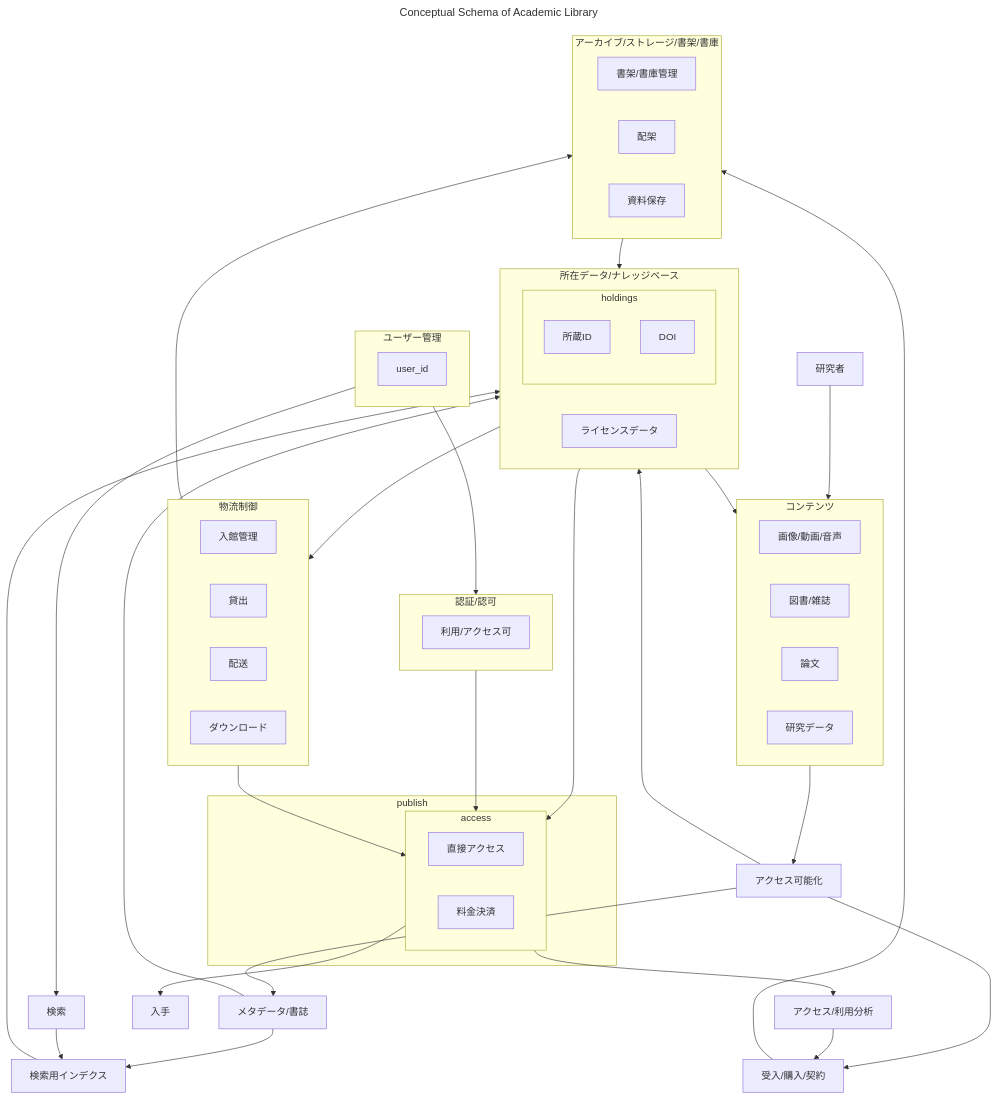
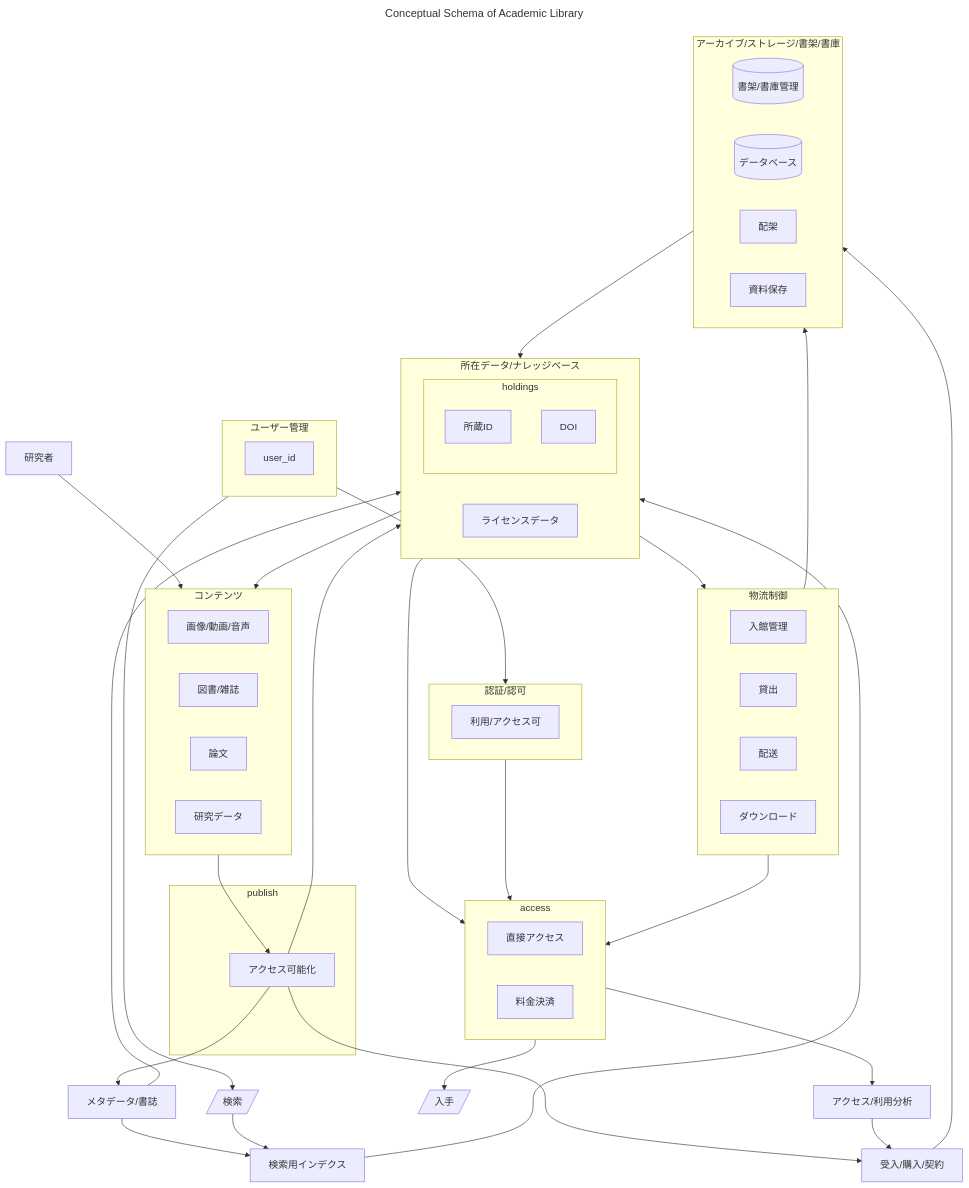
One commit to wonox/libraryschema changed the diagram in README.md. Above: the diagram before and after it, drawn with Mermaid.

Commit message:
'0321-3rev'

````diff
--- a/README.md
+++ b/README.md
@@ -6,73 +6,73 @@
 ```mermaid
 ---
 title: Conceptual Schema of Academic Library
 ---
 flowchart TB
 
-accessible[アクセス可能化]
 licence["ライセンスデータ"]
 fullfilment["受入/購入/契約"]
 metadata["メタデータ/書誌"]
 
 研究者 --> contents
 contents --> accessible
 accessible --> metadata
 accessible --> kb
 accessible --> fullfilment
 archive --> kb
 fullfilment --> archive
 kb --> contents
 kb --> logistics
 kb --> access
 access --> analyze["アクセス/利用分析"]
 analyze --> fullfilment
-access --> 入手
+access --> get[/入手/]
 authenticate --> access
 logistics --> access
 logistics --> archive
 metadata --> 検索用インデクス
 metadata --> kb
 検索用インデクス --> kb
-user --> 検索
+user --> search[/検索/]
 user --> authenticate
-検索 --> 検索用インデクス
+search --> 検索用インデクス
 
 subgraph contents["コンテンツ"]
     画像/動画/音声
     図書/雑誌
     論文
     研究データ
 end
 subgraph publish
-    access
+   accessible[アクセス可能化]
 end
 subgraph kb["所在データ/ナレッジベース"]
    subgraph holdings
      所蔵ID
      DOI
    end
    licence
 end
 subgraph user["ユーザー管理"]
    user_id
 end
 subgraph logistics["物流制御"]
    入館管理
    貸出
    配送
    ダウンロード
 end 
 subgraph authenticate["認証/認可"]
    利用/アクセス可
 end
 subgraph access
     直接アクセス
     料金決済
 end 
 subgraph archive["アーカイブ/ストレージ/書架/書庫"]
-   書架/書庫管理
+   stack[(書架/書庫管理)]
+   database[(データベース)]
    配架
    資料保存
 end  
 
 ```
````
